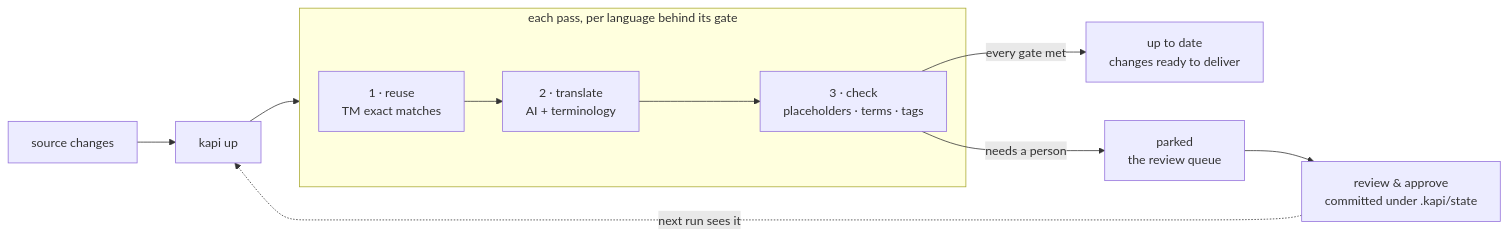
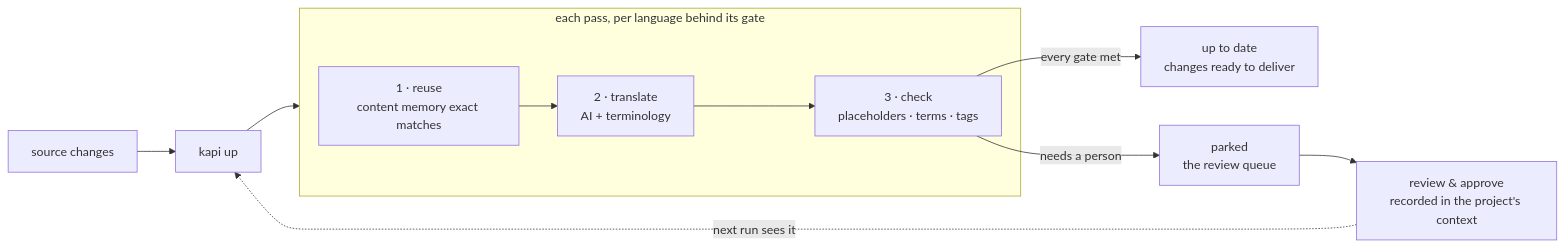
Before and after one commit to neokapi/kapi-action: the diagram in README.md, drawn with Mermaid. The commit also changed other lines of this file and 14 other files, not shown here.

First line of the commit message:
Read the kapi 1.3 plan output and describe the action in content-engine terms (#13)

````diff
--- a/README.md
+++ b/README.md
@@ -76,12 +76,12 @@
 ```mermaid
 flowchart LR
     S[source changes] --> U[kapi up]
     subgraph PASS ["each pass, per language behind its gate"]
-        TM["1 · reuse<br/>TM exact matches"] --> AI["2 · translate<br/>AI + terminology"] --> CK["3 · check<br/>placeholders · terms · tags"]
+        MEM["1 · reuse<br/>content memory exact matches"] --> AI["2 · translate<br/>AI + terminology"] --> CK["3 · check<br/>placeholders · terms · tags"]
     end
     U --> PASS
     CK -->|every gate met| CV["up to date<br/>changes ready to deliver"]
     CK -->|needs a person| PK["parked<br/>the review queue"]
-    PK --> RV["review & approve<br/>committed under .kapi/state"]
+    PK --> RV["review & approve<br/>recorded in the project's context"]
     RV -.->|next run sees it| U
 ```
````
